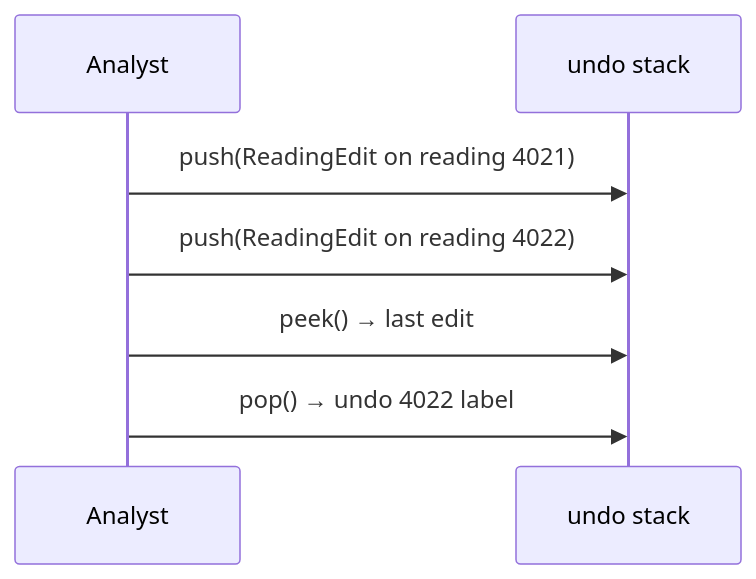
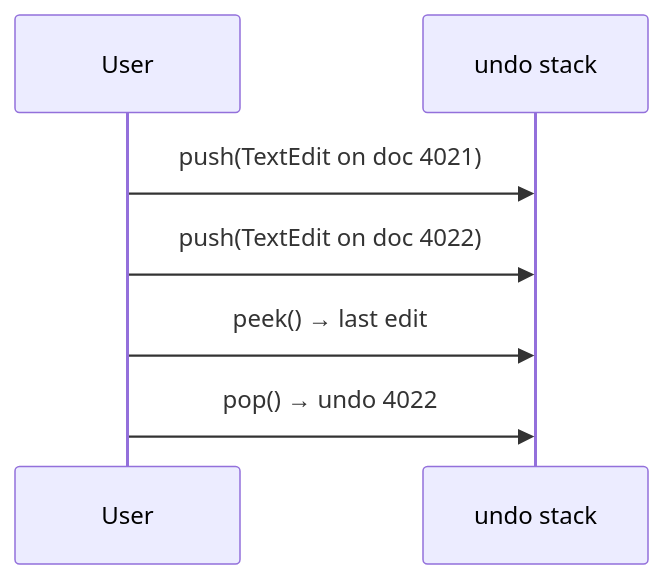
Before and after one commit to qgjones9/python-programming-guide: the second of 8 diagrams in docs/dsa/data-structures/stacks/index.md, drawn with Mermaid. The commit also changed other lines of this file and 31 other files, not shown here.

````diff
--- a/docs/dsa/data-structures/stacks/index.md
+++ b/docs/dsa/data-structures/stacks/index.md
@@ -83,9 +83,9 @@
 ```mermaid
 sequenceDiagram
-  participant Analyst
-  participant S as undo stack
-  Analyst->>S: push(ReadingEdit on reading 4021)
-  Analyst->>S: push(ReadingEdit on reading 4022)
-  Analyst->>S: peek() → last edit
-  Analyst->>S: pop() → undo 4022 label
+ participant User
+ participant S as undo stack
+ User->>S: push(TextEdit on doc 4021)
+ User->>S: push(TextEdit on doc 4022)
+ User->>S: peek() → last edit
+ User->>S: pop() → undo 4022
 ```
````
